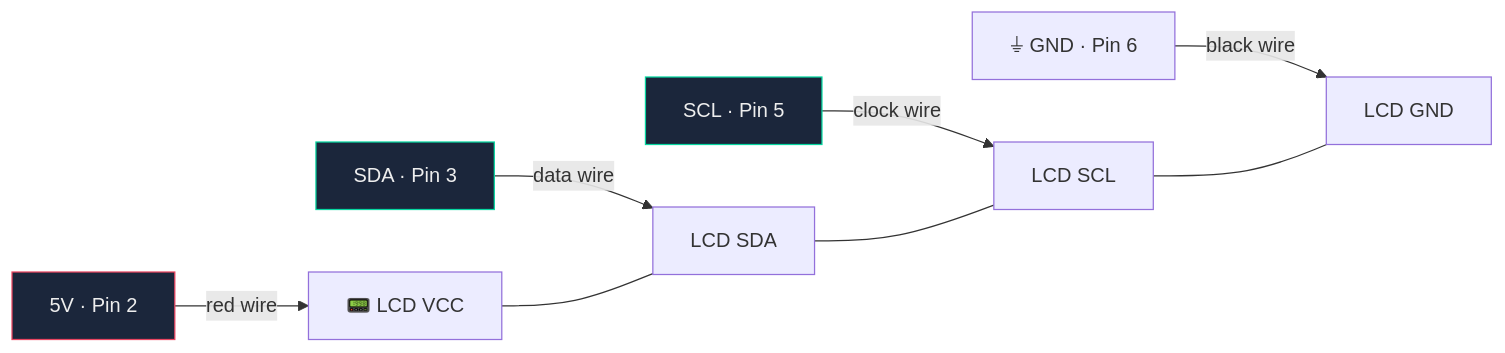
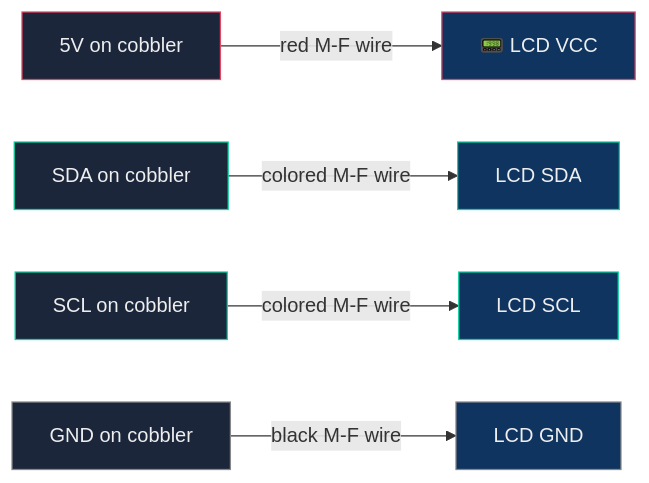
One commit to BigDawg013/clawpi-scout changed the ninth of 10 diagrams in docs/WIRING.md. Above: the diagram before and after it, drawn with Mermaid. The commit also changed other lines of this file, not shown here.

First line of the commit message:
Update WIRING.md with T-cobbler Mermaid diagrams

````diff
--- a/docs/WIRING.md
+++ b/docs/WIRING.md
@@ -172,13 +239,16 @@
 ```mermaid
 graph LR
-    V5["5V · Pin 2"] -->|"red wire"| LVCC["📟 LCD VCC"]
-    SDA["SDA · Pin 3"] -->|"data wire"| LSDA["LCD SDA"]
-    SCL["SCL · Pin 5"] -->|"clock wire"| LSCL["LCD SCL"]
-    GND["⏚ GND · Pin 6"] -->|"black wire"| LGND["LCD GND"]
-
-    LVCC --- LSDA --- LSCL --- LGND
+    V5["5V on cobbler"] -->|"red M-F wire"| LVCC["📟 LCD VCC"]
+    SDA["SDA on cobbler"] -->|"colored M-F wire"| LSDA["LCD SDA"]
+    SCL["SCL on cobbler"] -->|"colored M-F wire"| LSCL["LCD SCL"]
+    GND_COB["GND on cobbler"] -->|"black M-F wire"| LGND["LCD GND"]
 
     style V5 fill:#1b263b,stroke:#e94560,color:#eee
     style SDA fill:#1b263b,stroke:#06d6a0,color:#eee
     style SCL fill:#1b263b,stroke:#06d6a0,color:#eee
+    style GND_COB fill:#1b263b,stroke:#888,color:#eee
+    style LVCC fill:#0f3460,stroke:#e94560,color:#eee
+    style LSDA fill:#0f3460,stroke:#06d6a0,color:#eee
+    style LSCL fill:#0f3460,stroke:#06d6a0,color:#eee
+    style LGND fill:#0f3460,stroke:#888,color:#eee
 ```
````
